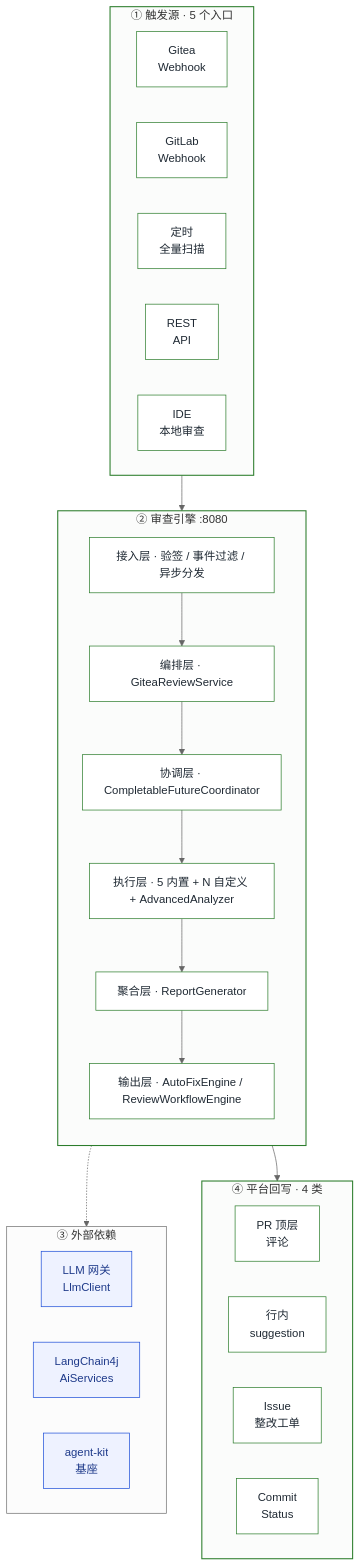
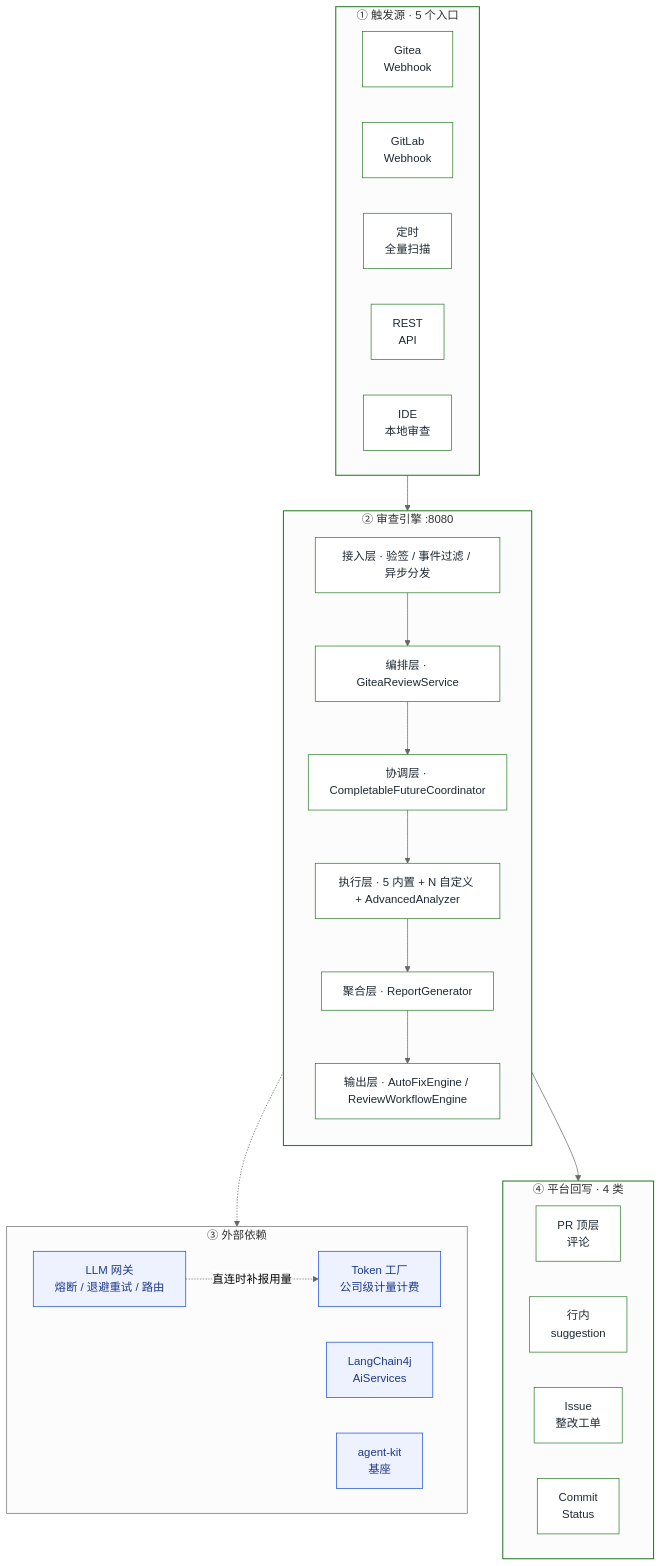
One commit to 13liyunfei/code-review-agent changed the diagram in docs/diagrams/l0-overview.mmd. Above: the diagram before and after it, drawn with Mermaid (neutral theme). The commit also changed 10 other files, not shown here.

First line of the commit message:
docs: 图集同步项目近期演进，新增影响面分析专图（11 → 12 张）

```diff
--- a/docs/diagrams/l0-overview.mmd
+++ b/docs/diagrams/l0-overview.mmd
@@ -1,46 +1,48 @@
 flowchart TD
     subgraph SRC["① 触发源 · 5 个入口"]
         direction LR
         S1["Gitea<br/>Webhook"]
         S2["GitLab<br/>Webhook"]
         S3["定时<br/>全量扫描"]
         S4["REST<br/>API"]
         S5["IDE<br/>本地审查"]
     end
 
     subgraph ENG["② 审查引擎 :8080"]
         direction TB
         E1["接入层 · 验签 / 事件过滤 / 异步分发"]
         E2["编排层 · GiteaReviewService"]
         E3["协调层 · CompletableFutureCoordinator"]
         E4["执行层 · 5 内置 + N 自定义 + AdvancedAnalyzer"]
         E5["聚合层 · ReportGenerator"]
         E6["输出层 · AutoFixEngine / ReviewWorkflowEngine"]
         E1 --> E2 --> E3 --> E4 --> E5 --> E6
     end
 
     subgraph EXT["③ 外部依赖"]
         direction LR
-        X1["LLM 网关<br/>LlmClient"]
+        X1["LLM 网关<br/>熔断 / 退避重试 / 路由"]
         X2["LangChain4j<br/>AiServices"]
         X3["agent-kit<br/>基座"]
+        X4["Token 工厂<br/>公司级计量计费"]
     end
 
     subgraph OUT["④ 平台回写 · 4 类"]
         direction LR
         O1["PR 顶层<br/>评论"]
         O2["行内<br/>suggestion"]
         O3["Issue<br/>整改工单"]
         O4["Commit<br/>Status"]
     end
 
     SRC --> E1
     E4 -.-> EXT
+    X1 -.->|"直连时补报用量"| X4
     E6 --> OUT
 
     classDef grp fill:#FBFCFB,stroke:#2c7d2c,stroke-width:1.5px;
     classDef n fill:#FFFFFF,stroke:#2c7d2c,stroke-width:1px,color:#1f2933;
     classDef ext fill:#EEF2FF,stroke:#1d4ed8,stroke-width:1px,color:#1e3a8a;
     class SRC,ENG,OUT grp;
     class S1,S2,S3,S4,S5,E1,E2,E3,E4,E5,E6,O1,O2,O3,O4 n;
-    class X1,X2,X3 ext;
+    class X1,X2,X3,X4 ext;
```
